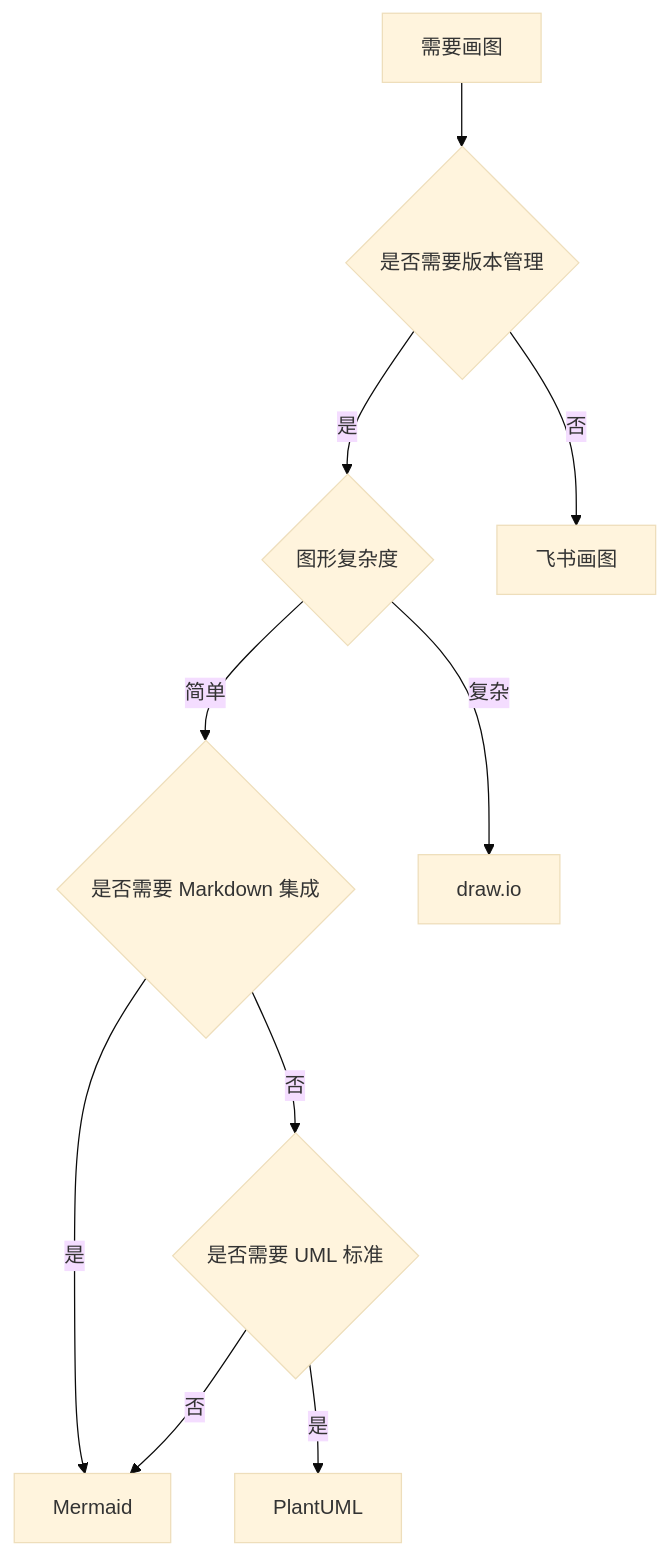
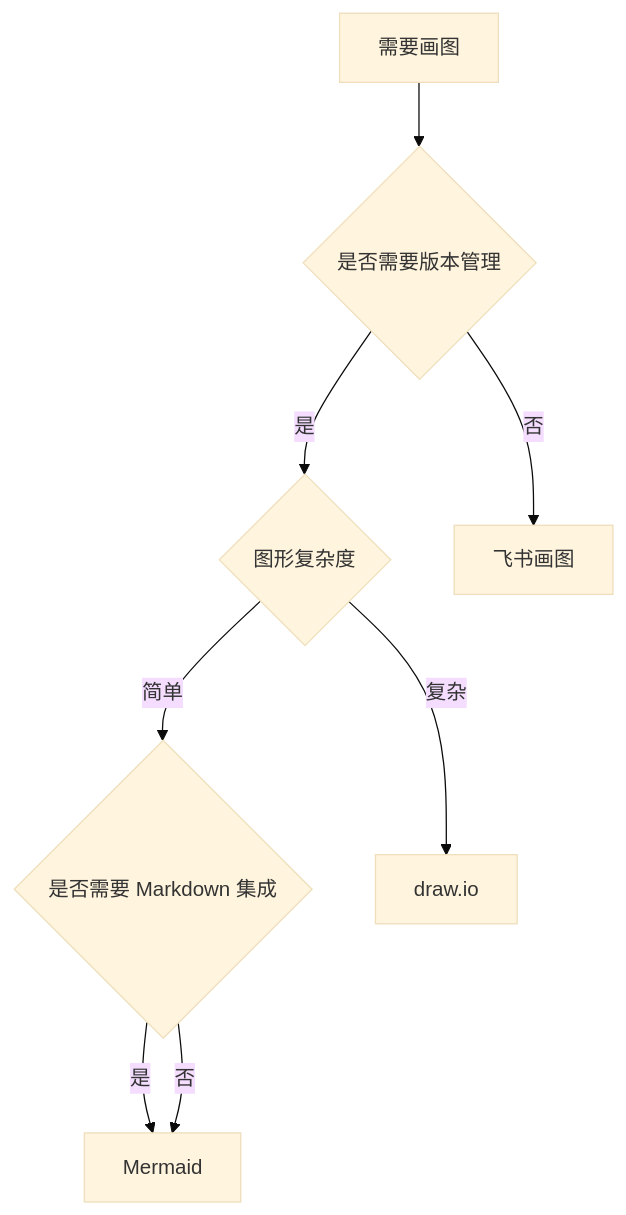
The diagram in content/posts/misc/design_diagram_tool_selection.md (DeguiLiu/tech-notes), drawn with Mermaid (base theme) before and after one commit. The commit also changed other lines of this file, not shown here.

Commit message:
refactor: remove PlantUML, AI-assisted section, and version management section from diagram tool article

````diff
--- a/content/posts/misc/design_diagram_tool_selection.md
+++ b/content/posts/misc/design_diagram_tool_selection.md
@@ -110,15 +80,12 @@
 ```mermaid
 graph TD
     Start[需要画图] --> Q1{是否需要版本管理}
     Q1 -->|是| Q2{图形复杂度}
     Q1 -->|否| Feishu[飞书画图]
 
     Q2 -->|简单| Q3{是否需要 Markdown 集成}
     Q2 -->|复杂| Drawio[draw.io]
 
     Q3 -->|是| Mermaid[Mermaid]
-    Q3 -->|否| Q4{是否需要 UML 标准}
-
-    Q4 -->|是| PlantUML[PlantUML]
-    Q4 -->|否| Mermaid
+    Q3 -->|否| Mermaid
 ```
````
